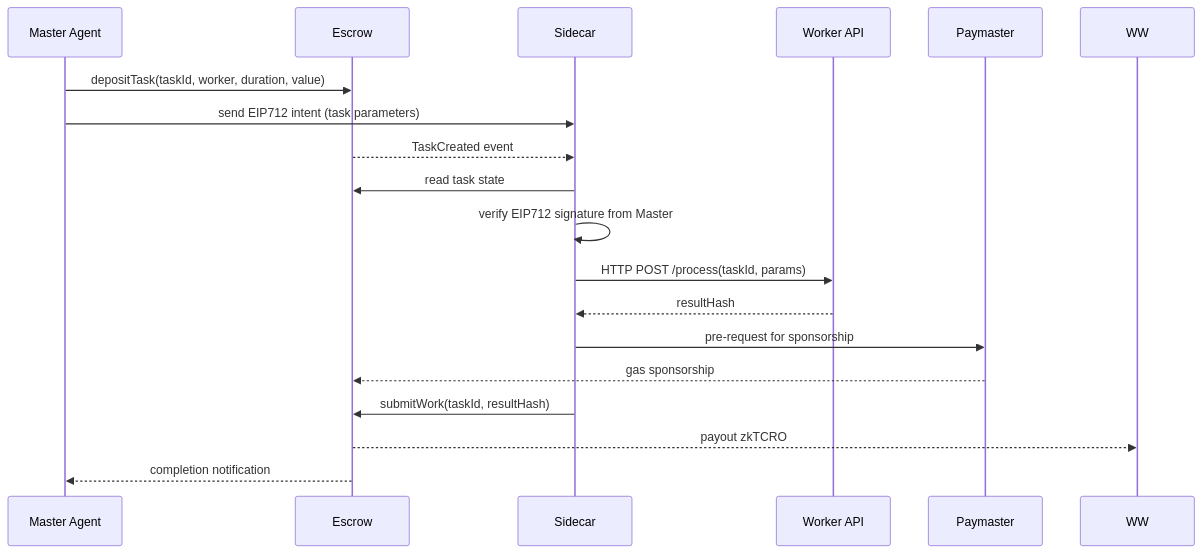
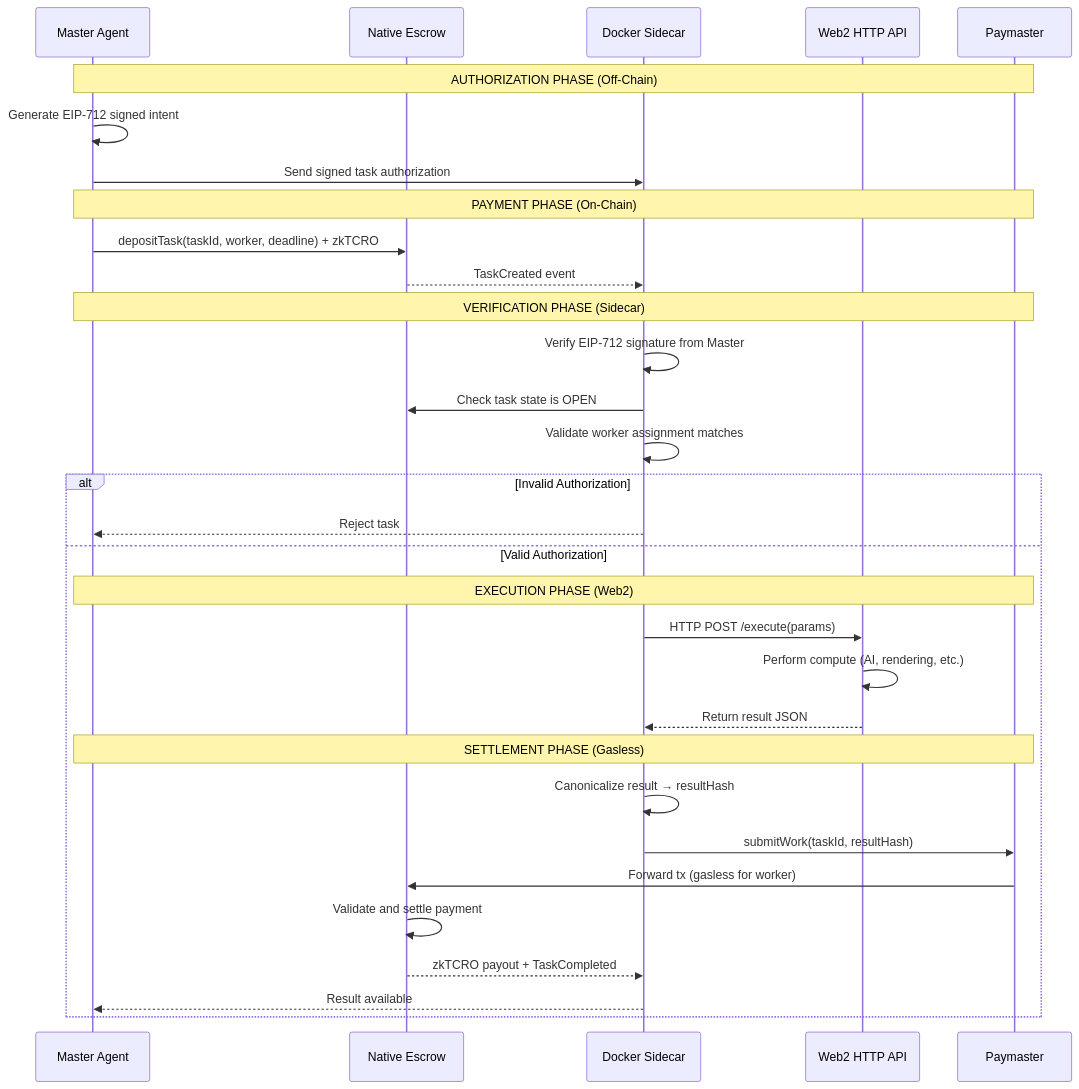
Before and after one commit to YashIIT0909/Econos: the second of 2 diagrams in README.md, drawn with Mermaid. The commit also changed other lines of this file, not shown here.

````diff
--- a/README.md
+++ b/README.md
@@ -94,24 +108,39 @@
 ```mermaid
 sequenceDiagram
     participant MA as Master Agent
-    participant ESC as Escrow
-    participant SA as Sidecar
-    participant WA as Worker API
+    participant ESC as Native Escrow
+    participant SC as Docker Sidecar
+    participant API as Web2 HTTP API
     participant PM as Paymaster
 
-    MA->>ESC: depositTask(taskId, worker, duration, value)
-    MA->>SA: send EIP712 intent (task parameters)
+    Note over MA,PM: AUTHORIZATION PHASE (Off-Chain)
+    MA->>MA: Generate EIP-712 signed intent
+    MA->>SC: Send signed task authorization
 
-    ESC-->>SA: TaskCreated event
-    SA->>ESC: read task state
-    SA->>SA: verify EIP712 signature from Master
-    SA->>WA: HTTP POST /process(taskId, params)
-    WA-->>SA: resultHash
+    Note over MA,PM: PAYMENT PHASE (On-Chain)
+    MA->>ESC: depositTask(taskId, worker, deadline) + zkTCRO
+    ESC-->>SC: TaskCreated event
 
-    SA->>PM: pre-request for sponsorship
-    PM-->>ESC: gas sponsorship
-    SA->>ESC: submitWork(taskId, resultHash)
-
-    ESC-->>WW: payout zkTCRO
-    ESC-->>MA: completion notification
+    Note over MA,PM: VERIFICATION PHASE (Sidecar)
+    SC->>SC: Verify EIP-712 signature from Master
+    SC->>ESC: Check task state is OPEN
+    SC->>SC: Validate worker assignment matches
+    
+    alt Invalid Authorization
+        SC-->>MA: Reject task
+    else Valid Authorization
+        Note over MA,PM: EXECUTION PHASE (Web2)
+        SC->>API: HTTP POST /execute(params)
+        API->>API: Perform compute (AI, rendering, etc.)
+        API-->>SC: Return result JSON
+        
+        Note over MA,PM: SETTLEMENT PHASE (Gasless)
+        SC->>SC: Canonicalize result → resultHash
+        SC->>PM: submitWork(taskId, resultHash)
+        PM->>ESC: Forward tx (gasless for worker)
+        ESC->>ESC: Validate and settle payment
+        ESC-->>SC: zkTCRO payout + TaskCompleted
+        
+        SC-->>MA: Result available
+    end
 ```
````
